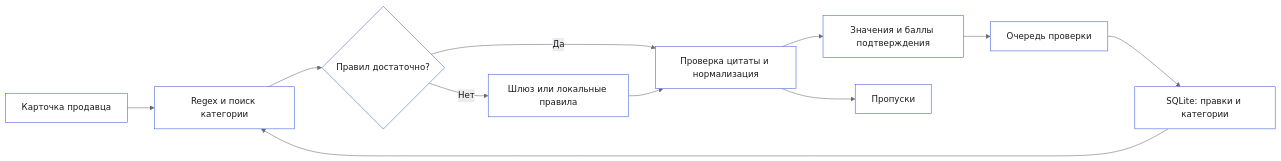
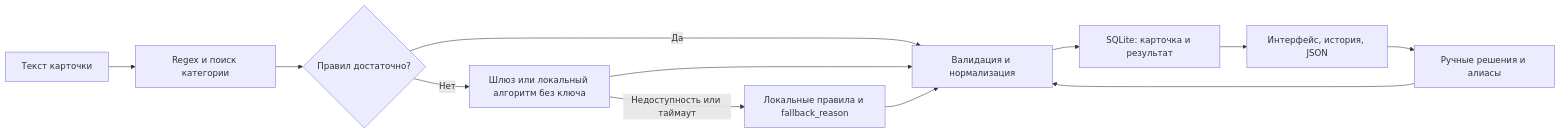
Before and after one commit to Gamer201760/mvideo: the diagram in docs/architecture.md, drawn with Mermaid. The commit also changed other lines of this file and 162 other files, not shown here.

````diff
--- a/docs/architecture.md
+++ b/docs/architecture.md
@@ -8,14 +7,14 @@
 ```mermaid
-%%{init: {"theme":"base","themeVariables":{"primaryColor":"#ffffff","primaryTextColor":"#1a1a1e","primaryBorderColor":"#3d5bd9","secondaryColor":"#ececee","tertiaryColor":"#f6f6f7","lineColor":"#686872","textColor":"#1a1a1e","noteBkgColor":"#ececee","noteTextColor":"#54545c","actorBkg":"#ffffff","actorBorder":"#3d5bd9","fontFamily":"Inter Variable"}}}%%
 flowchart LR
-  A["Карточка продавца"] --> B["Regex и поиск категории"]
-  B --> Q{"Правил достаточно?"}
-  Q -->|Да| D["Проверка цитаты и нормализация"]
-  Q -->|Нет| C["Шлюз или локальные правила"]
-  C --> D["Проверка цитаты и нормализация"]
-  D --> E["Значения и баллы подтверждения"]
-  D --> F["Пропуски"]
-  E --> G["Очередь проверки"]
-  G --> H["SQLite: правки и категории"]
-  H --> B
+  A[Текст карточки] --> B[Regex и поиск категории]
+  B --> C{Правил достаточно?}
+  C -->|Да| E[Валидация и нормализация]
+  C -->|Нет| D[Шлюз или локальный алгоритм без ключа]
+  D --> E
+  D -->|Недоступность или таймаут| L[Локальные правила и fallback_reason]
+  L --> E
+  E --> F[SQLite: карточка и результат]
+  F --> G[Интерфейс, история, JSON]
+  G --> H[Ручные решения и алиасы]
+  H --> E
 ```
````
